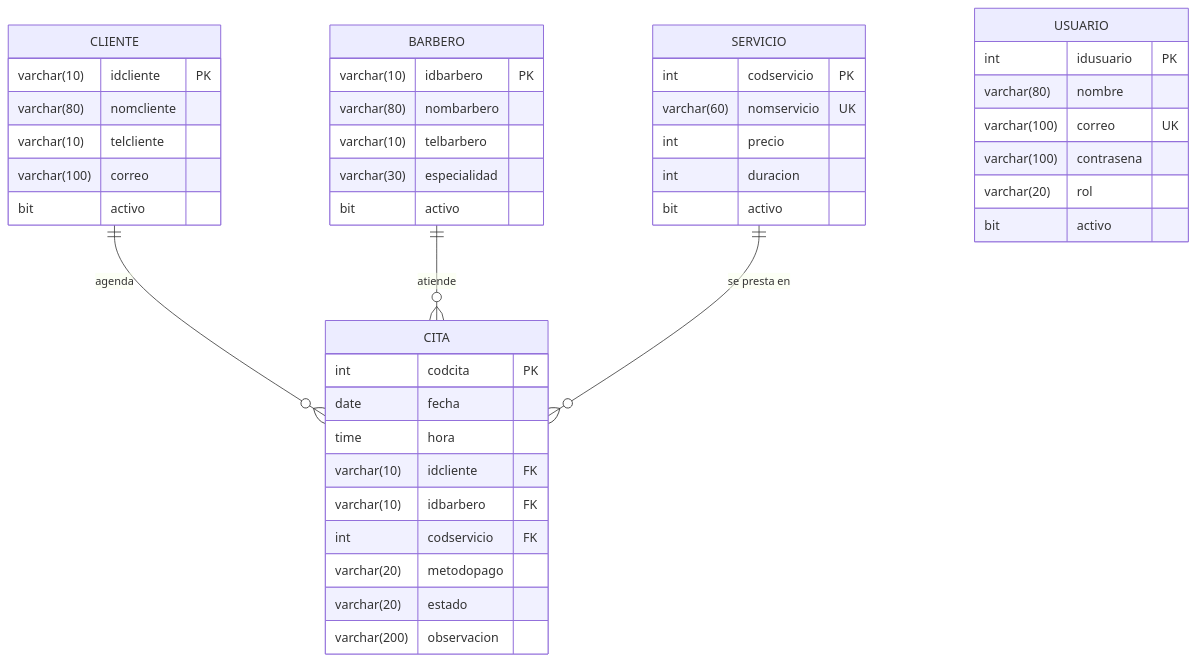
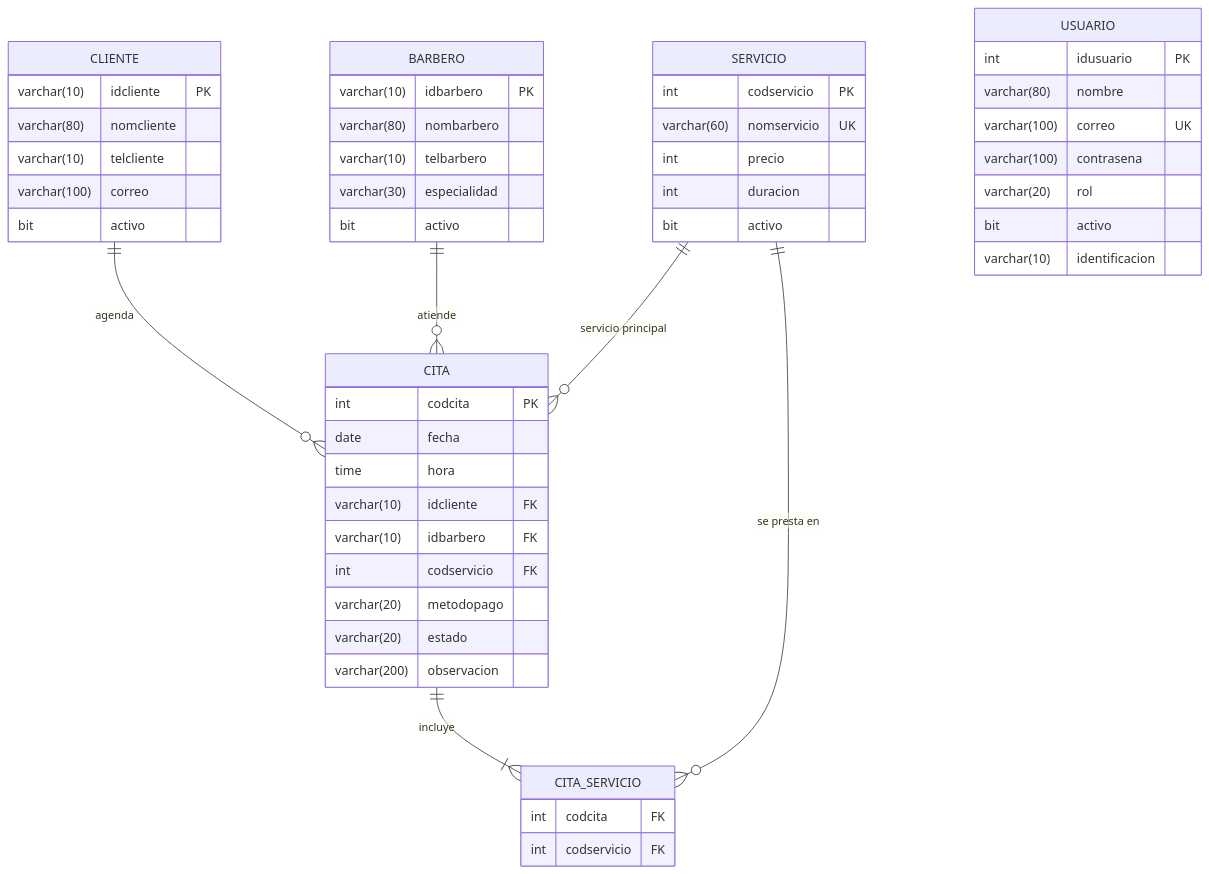
One commit to josealejot/proyectointegrador changed the diagram in README.md. Above: the diagram before and after it, drawn with Mermaid. The commit also changed other lines of this file and 46 other files, not shown here.

````diff
--- a/README.md
+++ b/README.md
@@ -33,47 +58,54 @@
 ```mermaid
 erDiagram
     CLIENTE ||--o{ CITA : agenda
     BARBERO ||--o{ CITA : atiende
-    SERVICIO ||--o{ CITA : "se presta en"
+    SERVICIO ||--o{ CITA : "servicio principal"
+    CITA ||--|{ CITA_SERVICIO : incluye
+    SERVICIO ||--o{ CITA_SERVICIO : "se presta en"
 
     CLIENTE {
         varchar(10) idcliente PK
         varchar(80) nomcliente
         varchar(10) telcliente
         varchar(100) correo
         bit activo
     }
     BARBERO {
         varchar(10) idbarbero PK
         varchar(80) nombarbero
         varchar(10) telbarbero
         varchar(30) especialidad
         bit activo
     }
     SERVICIO {
         int codservicio PK
         varchar(60) nomservicio UK
         int precio
         int duracion
         bit activo
     }
     CITA {
         int codcita PK
         date fecha
         time hora
         varchar(10) idcliente FK
         varchar(10) idbarbero FK
         int codservicio FK
         varchar(20) metodopago
         varchar(20) estado
         varchar(200) observacion
     }
+    CITA_SERVICIO {
+        int codcita FK
+        int codservicio FK
+    }
     USUARIO {
         int idusuario PK
         varchar(80) nombre
         varchar(100) correo UK
         varchar(100) contrasena
         varchar(20) rol
         bit activo
+        varchar(10) identificacion
     }
 ```
````
